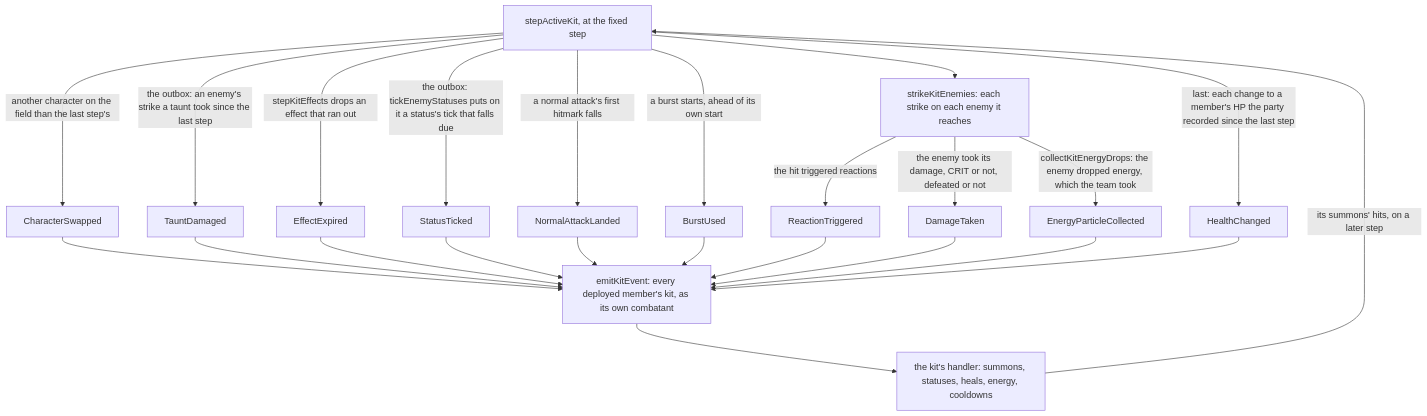
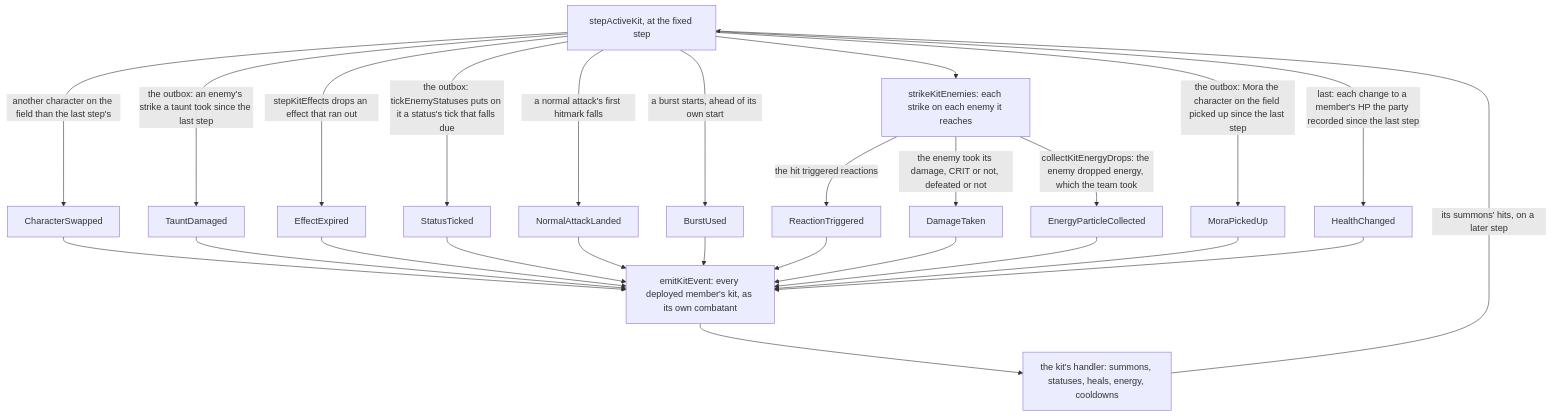
Before and after one commit to Esposter/Esposter: the third of 5 diagrams in apps/web/content/docs/genshin/kits/index.md, drawn with Mermaid. The commit also changed other lines of this file and 13 other files, not shown here.

````diff
--- a/apps/web/content/docs/genshin/kits/index.md
+++ b/apps/web/content/docs/genshin/kits/index.md
@@ -74,26 +74,28 @@
 ```mermaid
 flowchart TD
   STEP["stepActiveKit, at the fixed step"] -->|"another character on the field than the last step's"| SWAP["CharacterSwapped"]
   STEP -->|"the outbox: an enemy's strike a taunt took since the last step"| TAUNT["TauntDamaged"]
   STEP -->|"stepKitEffects drops an effect that ran out"| EXPIRED["EffectExpired"]
   STEP -->|"the outbox: tickEnemyStatuses puts on it a status's tick that falls due"| TICK["StatusTicked"]
   STEP -->|"a normal attack's first hitmark falls"| LANDED["NormalAttackLanded"]
   STEP -->|"a burst starts, ahead of its own start"| BURST["BurstUsed"]
   STEP --> STRIKES["strikeKitEnemies: each strike on each enemy it reaches"]
   STRIKES -->|"the hit triggered reactions"| REACTION["ReactionTriggered"]
   STRIKES -->|"the enemy took its damage, CRIT or not, defeated or not"| DAMAGE["DamageTaken"]
   STRIKES -->|"collectKitEnergyDrops: the enemy dropped energy, which the team took"| PARTICLE["EnergyParticleCollected"]
+  STEP -->|"the outbox: Mora the character on the field picked up since the last step"| MORA["MoraPickedUp"]
   STEP -->|"last: each change to a member's HP the party recorded since the last step"| HEALTH["HealthChanged"]
   SWAP --> EMIT["emitKitEvent: every deployed member's kit, as its own combatant"]
   TAUNT --> EMIT
   EXPIRED --> EMIT
   TICK --> EMIT
   LANDED --> EMIT
   BURST --> EMIT
   REACTION --> EMIT
   DAMAGE --> EMIT
   PARTICLE --> EMIT
+  MORA --> EMIT
   HEALTH --> EMIT
   EMIT --> EFFECTS["the kit's handler: summons, statuses, heals, energy, cooldowns"]
   EFFECTS -->|"its summons' hits, on a later step"| STEP
 ```
````
